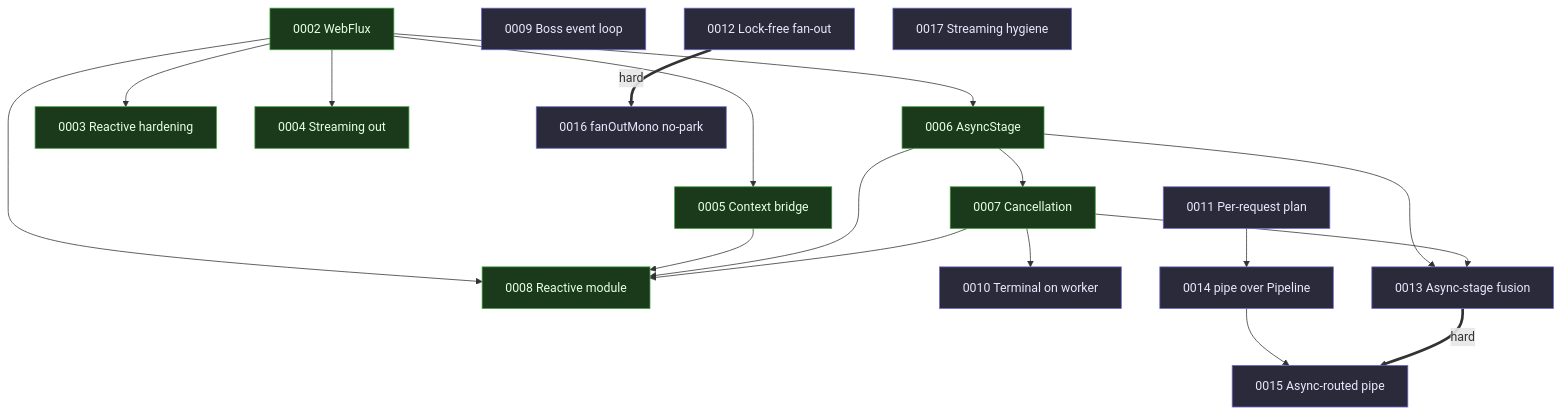
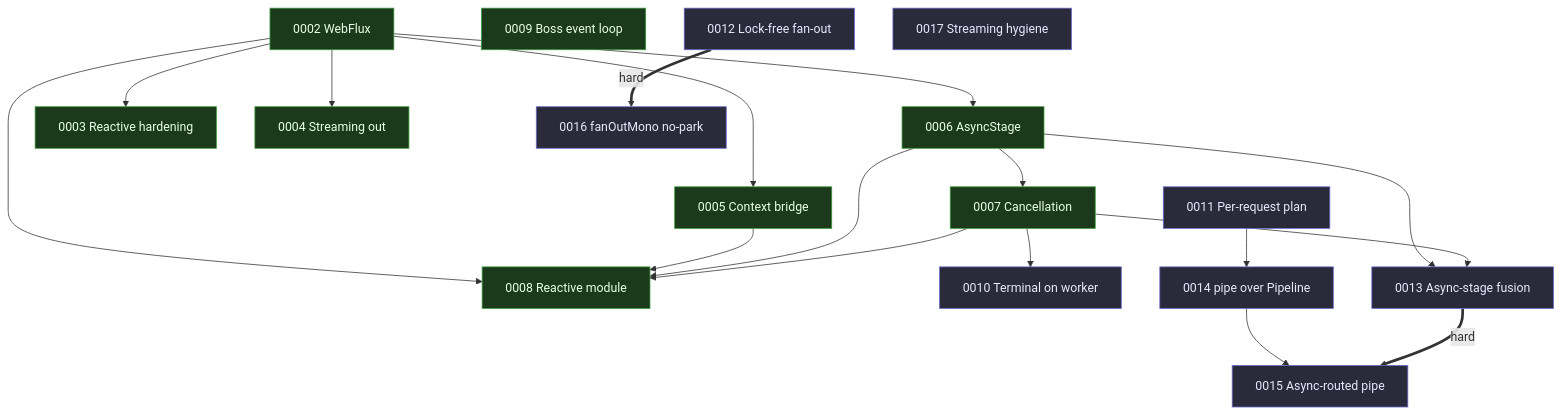
Before and after one commit to fabiangftech/nioflow: the diagram in docs/rfc/0000-index.md, drawn with Mermaid. The commit also changed other lines of this file and 5 other files, not shown here.

First line of the commit message:
feat(core): implement spin-then-park boss event loop for efficient task execution

````diff
--- a/docs/rfc/0000-index.md
+++ b/docs/rfc/0000-index.md
@@ -35,39 +35,39 @@
 ```mermaid
 flowchart TD
     classDef done fill:#1b3a1b,stroke:#3c9a3c,color:#e8ffe8
     classDef prop fill:#2a2a3a,stroke:#6a6ad0,color:#e8e8ff
     classDef hard stroke-width:3px
 
     %% ── implemented (0001–0008) ──
     R0002["0002 WebFlux"]:::done
     R0006["0006 AsyncStage"]:::done
     R0007["0007 Cancellation"]:::done
     R0002 --> R0006 --> R0007
     R0002 --> R0003["0003 Reactive hardening"]:::done
     R0002 --> R0004["0004 Streaming out"]:::done
     R0002 --> R0005["0005 Context bridge"]:::done
     R0002 --> R0008["0008 Reactive module"]:::done
     R0005 --> R0008
     R0006 --> R0008
     R0007 --> R0008
 
     %% ── proposed core (0009–0013) ──
-    R0009["0009 Boss event loop"]:::prop
+    R0009["0009 Boss event loop"]:::done
     R0010["0010 Terminal on worker"]:::prop
     R0011["0011 Per-request plan"]:::prop
     R0012["0012 Lock-free fan-out"]:::prop
     R0013["0013 Async-stage fusion"]:::prop
     R0007 --> R0010
     R0006 --> R0013
     R0007 --> R0013
 
     %% ── proposed reactive (0014–0017) ──
     R0014["0014 pipe over Pipeline"]:::prop
     R0015["0015 Async-routed pipe"]:::prop
     R0016["0016 fanOutMono no-park"]:::prop
     R0017["0017 Streaming hygiene"]:::prop
     R0011 --> R0014
     R0014 --> R0015
     R0013 == hard ==> R0015
     R0012 == hard ==> R0016
 ```
````
